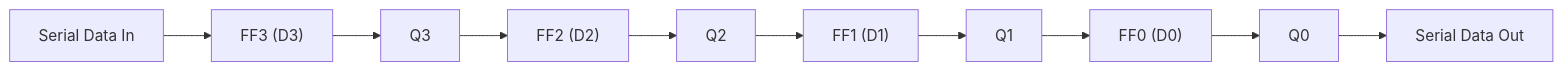
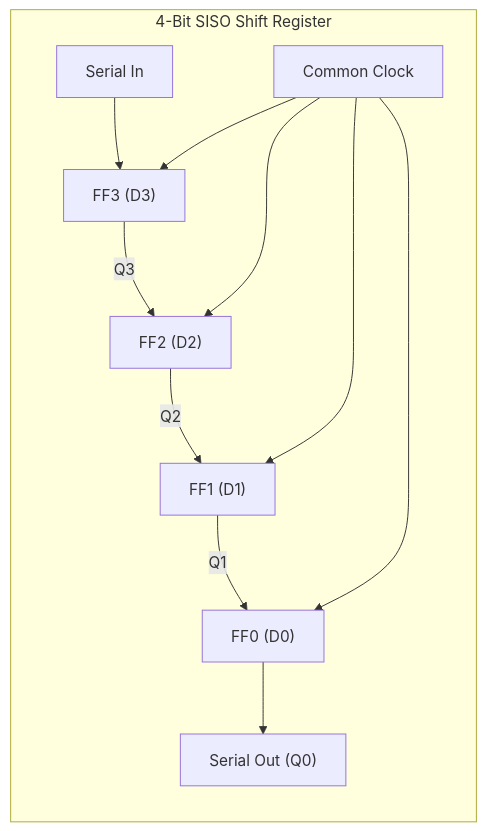
Before and after one commit to AnkitSinghGTHB/Fall2627: the seventh of 11 diagrams in DLD/notes/cat2/cat2-hots-module3-sequential-circuits.md, drawn with Mermaid. The commit also changed other lines of this file and 1 other file, not shown here.

Commit message:
feat(dld): add complete flip-flop schematics, conversions, ripple/synchronous counter circuits, and FSM architectures

````diff
--- a/DLD/notes/cat2/cat2-hots-module3-sequential-circuits.md
+++ b/DLD/notes/cat2/cat2-hots-module3-sequential-circuits.md
@@ -14,12 +194,15 @@
 ```mermaid
 graph LR
-    SI["Serial Data In"] --> D3["FF3 (D3)"]
-    D3 --> Q3["Q3"]
-    Q3 --> D2["FF2 (D2)"]
-    D2 --> Q2["Q2"]
-    Q2 --> D1["FF1 (D1)"]
-    D1 --> Q1["Q1"]
-    Q1 --> D0["FF0 (D0)"]
-    D0 --> Q0["Q0"]
-    Q0 --> SO["Serial Data Out"]
+    subgraph SISO ["4-Bit SISO Shift Register"]
+    SI["Serial In"] --> D3["FF3 (D3)"]
+    D3 -->|"Q3"| D2["FF2 (D2)"]
+    D2 -->|"Q2"| D1["FF1 (D1)"]
+    D1 -->|"Q1"| D0["FF0 (D0)"]
+    D0 --> SO["Serial Out (Q0)"]
+    
+    CLK["Common Clock"] --> D3
+    CLK --> D2
+    CLK --> D1
+    CLK --> D0
+    end
 ```
````
